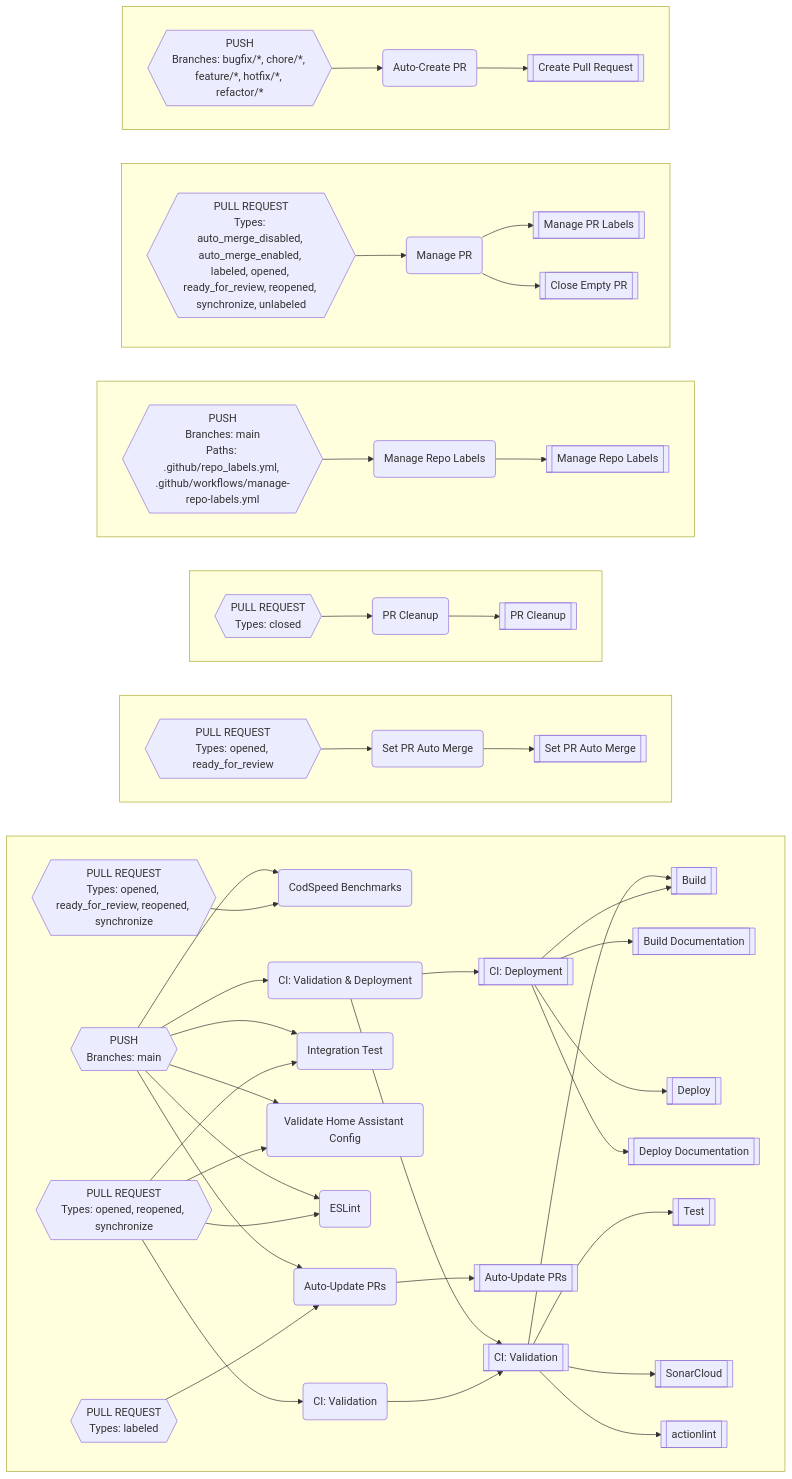
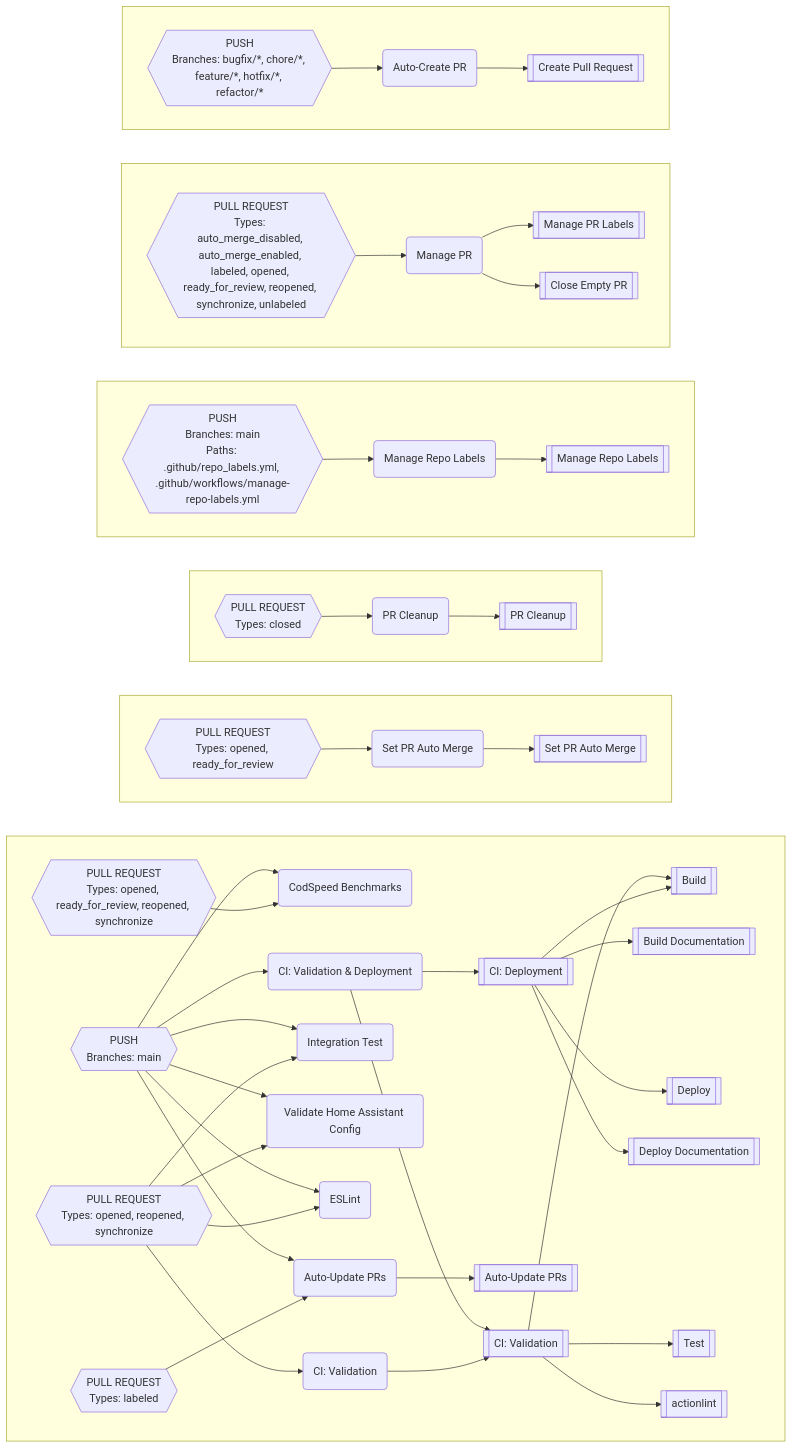
The diagram in README.md (worgarside/github-config-files), drawn with Mermaid before and after one commit. The commit also changed 4 other files, not shown here.

First line of the commit message:
refactor: remove SonarCloud integration

````diff
--- a/README.md
+++ b/README.md
@@ -375,108 +375,106 @@
 ```mermaid
 flowchart LR
+subgraph DZ[" "]
+direction LR
+DV-->DU
+DQ-->V
+DS-->DQ
+DS-->DH
+DS-->DB
+DS-->CX
+CN-->CM
+CM-->BA
+DN-->DU
+DN-->DM
+DN-->DH
+DN-->DB
+DN-->CX
+DN-->CM
+DM-->V
+DM-->M
+M-->I
+M-->E
+M-->AN
+M-->AJ
+V-->I
+V-->BT
+V-->A
+end
+subgraph EA[" "]
+direction LR
+CU-->CT
+CT-->BQ
+end
+subgraph EB[" "]
+direction LR
+CR-->CQ
+CQ-->BD
+end
+subgraph EC[" "]
+direction LR
+CJ-->CI
+CI-->AX
+end
 subgraph ED[" "]
 direction LR
-DZ-->DY
-DU-->V
-DW-->DU
-DW-->DL
-DW-->DF
-DW-->DB
-CR-->CQ
-CQ-->BB
-DR-->DY
-DR-->DQ
-DR-->DL
-DR-->DF
-DR-->DB
-DR-->CQ
-DQ-->V
-DQ-->M
-M-->I
-M-->E
-M-->AO
-M-->AK
-V-->I
-V-->BX
-V-->BU
-V-->A
+CE-->CD
+CD-->AT
+CD-->AB
 end
 subgraph EE[" "]
 direction LR
-CY-->CX
-CX-->BR
+CA-->BZ
+BZ-->AF
 end
-subgraph EF[" "]
-direction LR
-CV-->CU
-CU-->BE
-end
-subgraph EG[" "]
-direction LR
-CN-->CM
-CM-->AY
-end
-subgraph EH[" "]
-direction LR
-CI-->CH
-CH-->AU
-CH-->AC
-end
-subgraph EI[" "]
-direction LR
-CE-->CD
-CD-->AG
-end
-AC[["Close Empty PR"]]
-AG[["Create Pull Request"]]
-AK[["Deploy Documentation"]]
-AO[["Deploy"]]
-AU[["Manage PR Labels"]]
-AY[["Manage Repo Labels"]]
+AB[["Close Empty PR"]]
+AF[["Create Pull Request"]]
+AJ[["Deploy Documentation"]]
+AN[["Deploy"]]
+AT[["Manage PR Labels"]]
+AX[["Manage Repo Labels"]]
 A[["actionlint"]]
-BB[["Auto-Update PRs"]]
-BE[["PR Cleanup"]]
-BR[["Set PR Auto Merge"]]
-BU[["SonarCloud"]]
-BX[["Test"]]
-CD("Auto-Create PR")
-CE{{"PUSH
+BA[["Auto-Update PRs"]]
+BD[["PR Cleanup"]]
+BQ[["Set PR Auto Merge"]]
+BT[["Test"]]
+BZ("Auto-Create PR")
+CA{{"PUSH
 Branches: bugfix/*, chore/*, feature/*, hotfix/*, refactor/*
 "}}
-CH("Manage PR")
-CI{{"PULL REQUEST
+CD("Manage PR")
+CE{{"PULL REQUEST
 Types: auto_merge_disabled, auto_merge_enabled, labeled, opened, ready_for_review, reopened, synchronize, unlabeled
 "}}
-CM("Manage Repo Labels")
-CN{{"PUSH
+CI("Manage Repo Labels")
+CJ{{"PUSH
 Branches: main
 Paths: .github/repo_labels.yml, .github/workflows/manage-repo-labels.yml
 "}}
-CQ("Auto-Update PRs")
-CR{{"PULL REQUEST
+CM("Auto-Update PRs")
+CN{{"PULL REQUEST
 Types: labeled
 "}}
-CU("PR Cleanup")
-CV{{"PULL REQUEST
+CQ("PR Cleanup")
+CR{{"PULL REQUEST
 Types: closed
 "}}
-CX("Set PR Auto Merge")
-CY{{"PULL REQUEST
+CT("Set PR Auto Merge")
+CU{{"PULL REQUEST
 Types: opened, ready_for_review
 "}}
-DB("ESLint")
-DF("Validate Home Assistant Config")
-DL("Integration Test")
-DQ("CI: Validation & Deployment")
-DR{{"PUSH
+CX("ESLint")
+DB("Validate Home Assistant Config")
+DH("Integration Test")
+DM("CI: Validation & Deployment")
+DN{{"PUSH
 Branches: main
 "}}
-DU("CI: Validation")
-DW{{"PULL REQUEST
+DQ("CI: Validation")
+DS{{"PULL REQUEST
 Types: opened, reopened, synchronize
 "}}
-DY("CodSpeed Benchmarks")
-DZ{{"PULL REQUEST
+DU("CodSpeed Benchmarks")
+DV{{"PULL REQUEST
 Types: opened, ready_for_review, reopened, synchronize
 "}}
 E[["Build Documentation"]]
````
